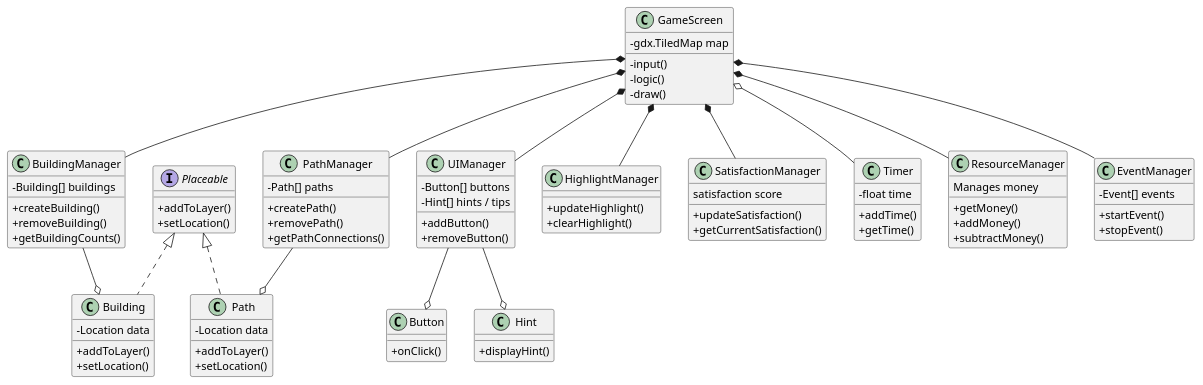
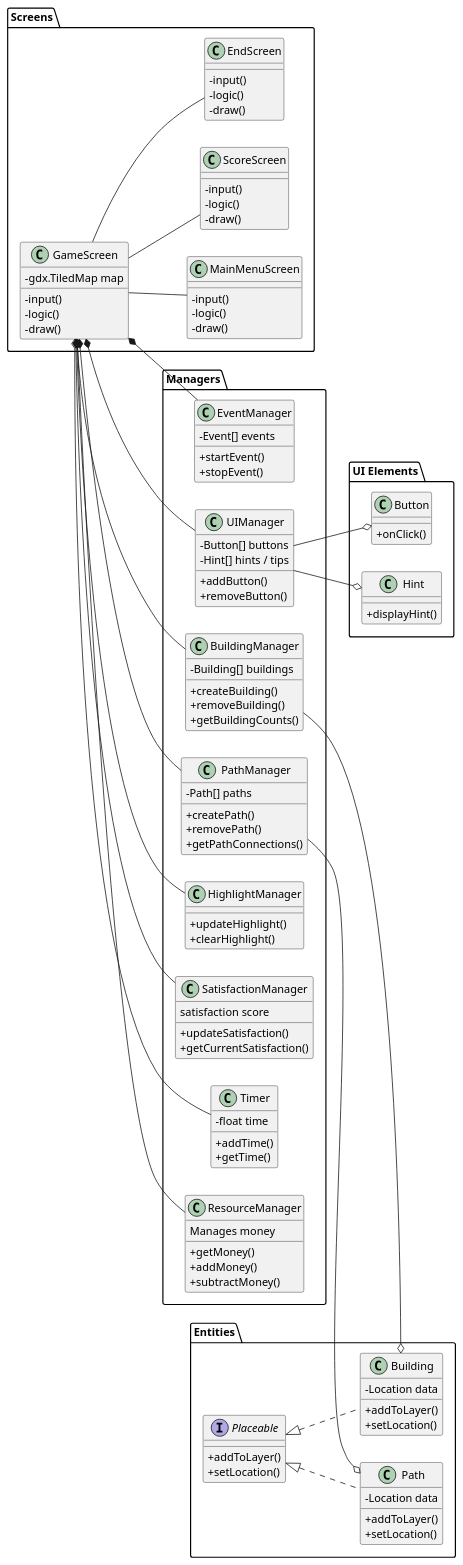
One commit to jobyoung05/ENG1-pixels-of-promise changed the diagram in Plant UML Diagrams/overall_class_diagram_v2.puml. Above: the diagram before and after it, drawn with PlantUML. The commit also changed 1 other file, not shown here.

Commit message:
Changes to diagrams

```diff
--- a/Plant UML Diagrams/overall_class_diagram_v2.puml
+++ b/Plant UML Diagrams/overall_class_diagram_v2.puml
@@ -1,94 +1,132 @@
 @startuml
+
+' Set the overall layout direction to left to right
+left to right direction
 
 skinparam classAttributeIconSize 0
 
-interface Placeable{
-    +addToLayer()
-    +setLocation()
+' Package for Screen Classes
+package "Screens" {
+    class MainMenuScreen {
+        -input()
+        -logic()
+        -draw()
+    }
+    class ScoreScreen {
+        -input()
+        -logic()
+        -draw()
+    }
+    class EndScreen {
+        -input()
+        -logic()
+        -draw()
+    }
+    class GameScreen {
+        -gdx.TiledMap map
+        -input()
+        -logic()
+        -draw()
+    }
 }
-class GameScreen {
-    -gdx.TiledMap map
-    -input()
-    -logic()
-    -draw()
+
+' Package for Managers
+package "Managers" {
+    class EventManager {
+        -Event[] events
+        +startEvent()
+        +stopEvent()
+    }
+    class UIManager {
+        -Button[] buttons
+        -Hint[] hints / tips
+        +addButton()
+        +removeButton()
+    }
+    class BuildingManager {
+        -Building[] buildings
+        +createBuilding()
+        +removeBuilding()
+        +getBuildingCounts()
+    }
+    class PathManager {
+        -Path[] paths
+        +createPath()
+        +removePath()
+        +getPathConnections()
+    }
+    class HighlightManager {
+        +updateHighlight()
+        +clearHighlight()
+    }
+    class SatisfactionManager {
+        satisfaction score
+        +updateSatisfaction()
+        +getCurrentSatisfaction()
+    }
+    class Timer {
+        -float time
+        +addTime()
+        +getTime()
+    }
+    class ResourceManager {
+        Manages money
+        +getMoney()
+        +addMoney()
+        +subtractMoney()
+    }
 }
-class Building{
-    -Location data
-    +addToLayer()
-    +setLocation()
-}
-class Path{
-    -Location data
-    +addToLayer()
-    +setLocation()
-}
-class EventManager{
-    -Event[] events
-    +startEvent()
-    +stopEvent()
-}
-class UIManager{
-    -Button[] buttons
-    -Hint[] hints / tips
-    +addButton()
-    +removeButton()
-}
-class BuildingManager{
-    -Building[] buildings
-    +createBuilding()
-    +removeBuilding()
-    +getBuildingCounts()
-}
-class PathManager{
-    -Path[] paths
-    +createPath()
-    +removePath()
-    +getPathConnections()
-}
-class HighlightManager{
-    +updateHighlight()
-    +clearHighlight()
-}
-class SatisfactionManager{
-    satisfaction score
-    +updateSatisfaction()
-    +getCurrentSatisfaction()
-}
-class Timer{
-    -float time
-    +addTime()
-    +getTime()
-}
-class ResourceManager{
-    Manages money
-    +getMoney()
-    +addMoney()
-    +subtractMoney()
-}
-class Button{
-    +onClick()
-    }
-class Hint{
-    +displayHint()
+
+' Package for Entities
+package "Entities" {
+    interface Placeable {
+        +addToLayer()
+        +setLocation()
     }
 
+    class Building {
+        -Location data
+        +addToLayer()
+        +setLocation()
+    }
+    class Path {
+        -Location data
+        +addToLayer()
+        +setLocation()
+    }
+}
+
+' Package for UI Elements
+package "UI Elements" {
+    class Button {
+        +onClick()
+    }
+    class Hint {
+        +displayHint()
+    }
+}
+
+' Relationships
 Placeable <|.. Building
 Placeable <|.. Path
+
 GameScreen *-- BuildingManager
 GameScreen *-- PathManager
 GameScreen *-- HighlightManager
 GameScreen *-- UIManager
 GameScreen *-- SatisfactionManager
 GameScreen o-- Timer
 GameScreen *-- EventManager
 GameScreen *-- ResourceManager
+
 BuildingManager --o Building
 PathManager --o Path
 
 UIManager --o Button
 UIManager --o Hint
 
-
-
+GameScreen -- EndScreen
+GameScreen -- ScoreScreen
+GameScreen -- MainMenuScreen
 
 @enduml
```
